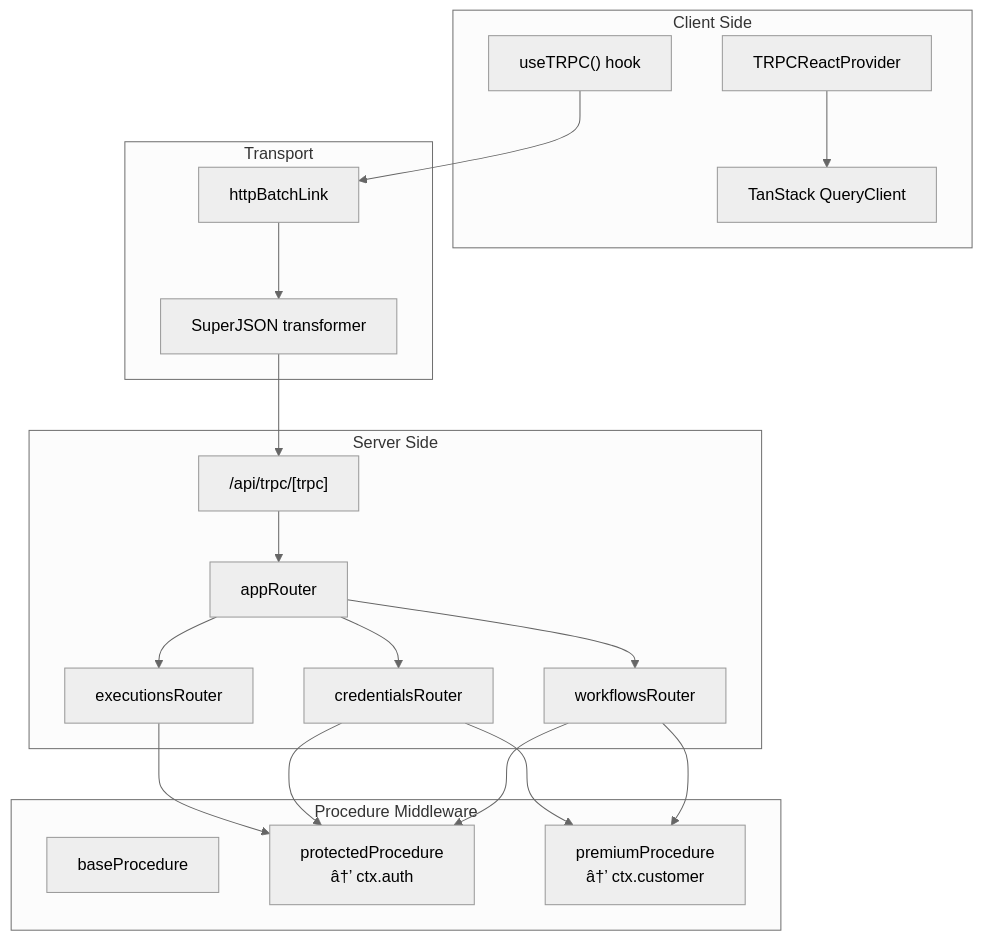
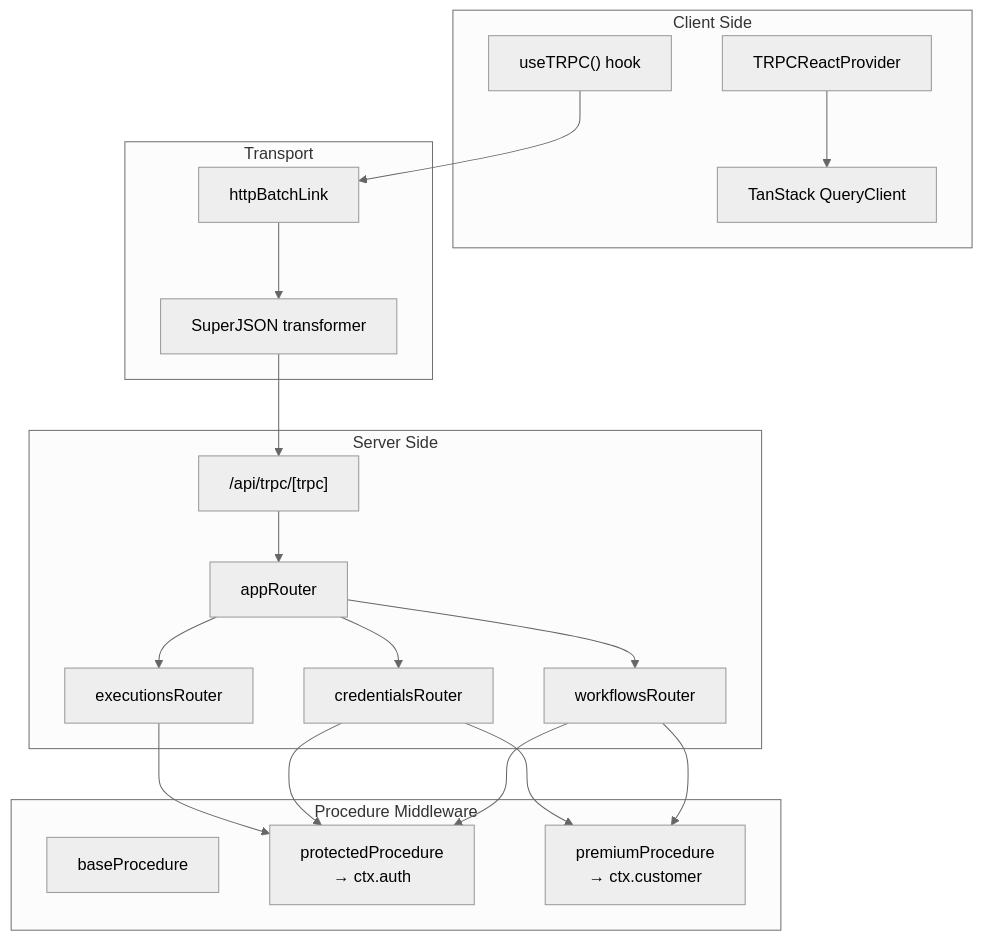
One commit to aditya-deokar/a8n changed the diagram in docs/API_REFERENCE.md. Above: the diagram before and after it, drawn with Mermaid (neutral theme). The commit also changed other lines of this file and 3 other files, not shown here.

````diff
--- a/docs/API_REFERENCE.md
+++ b/docs/API_REFERENCE.md
@@ -25,41 +25,41 @@
 ```mermaid
 graph TD
     subgraph Client["Client Side"]
         useTRPC["useTRPC() hook"]
         TRPCProvider["TRPCReactProvider"]
         QueryClient["TanStack QueryClient"]
     end
 
     subgraph Transport["Transport"]
         BatchLink["httpBatchLink"]
         SuperJSON["SuperJSON transformer"]
     end
 
     subgraph Server["Server Side"]
         Handler["/api/trpc/[trpc]"]
         AppRouter["appRouter"]
         WR["workflowsRouter"]
         CR["credentialsRouter"]
         ER["executionsRouter"]
     end
 
     subgraph Middleware["Procedure Middleware"]
         Base["baseProcedure"]
-        Protected["protectedProcedure<br/>â†’ ctx.auth"]
-        Premium["premiumProcedure<br/>â†’ ctx.customer"]
+        Protected["protectedProcedure<br/>→ ctx.auth"]
+        Premium["premiumProcedure<br/>→ ctx.customer"]
     end
 
     useTRPC --> BatchLink
     TRPCProvider --> QueryClient
     BatchLink --> SuperJSON
     SuperJSON --> Handler
     Handler --> AppRouter
     AppRouter --> WR
     AppRouter --> CR
     AppRouter --> ER
     WR --> Protected
     WR --> Premium
     CR --> Protected
     CR --> Premium
     ER --> Protected
 ```
````
